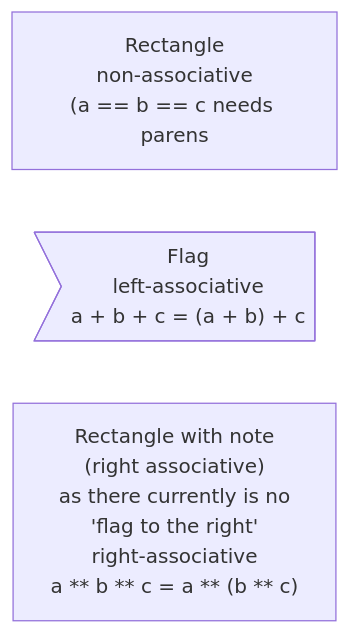
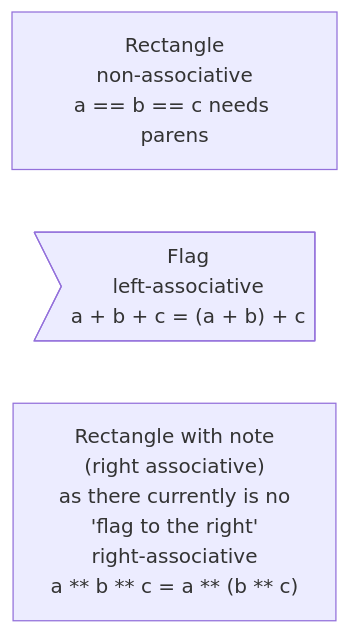
Before and after one commit to laro/Cilia: the second of 4 diagrams in 6 .../2 Unfinished Ideas.md, drawn with Mermaid.

Commit message:
Update 2 Unfinished Ideas.md

````diff
--- a/6 .../2 Unfinished Ideas.md
+++ b/6 .../2 Unfinished Ideas.md
@@ -363,9 +363,9 @@
 ```mermaid
 %%{init: {'themeVariables': {'fontFamily': 'monospace'}}}%%
 graph LR
-    rect["Rectangle<br/>non-associative<br/>(a == b == c needs parens"]
+    rect["Rectangle<br/>non-associative<br/>a == b == c needs parens"]
 
     flagToLeft>"Flag<br/>left-associative<br/>a + b + c = (a + b) + c"]
 
     flagToRight["Rectangle with note<br/>(right associative)<br/>as there currently is no<br/>'flag to the right'<br/>right-associative<br/>a ** b ** c = a ** (b ** c)"]
 ```
````
